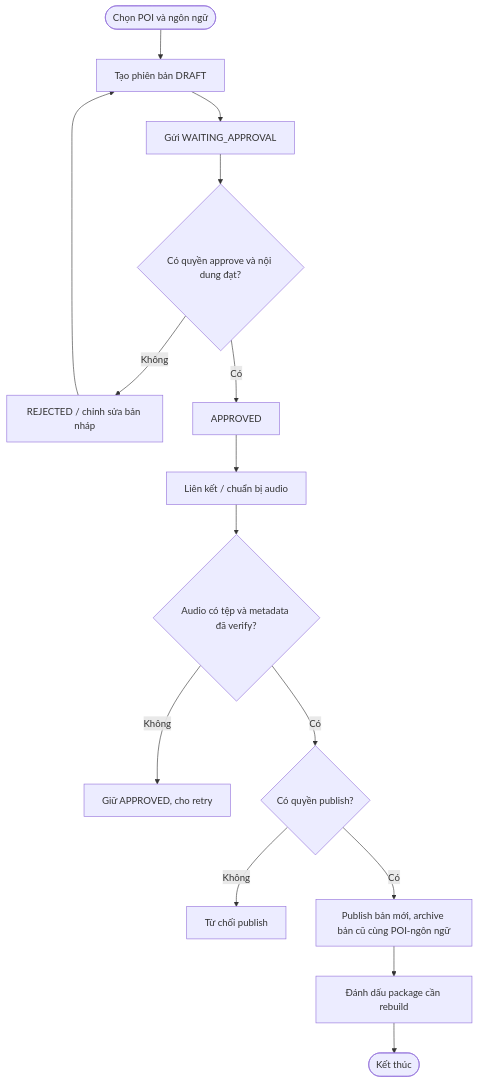
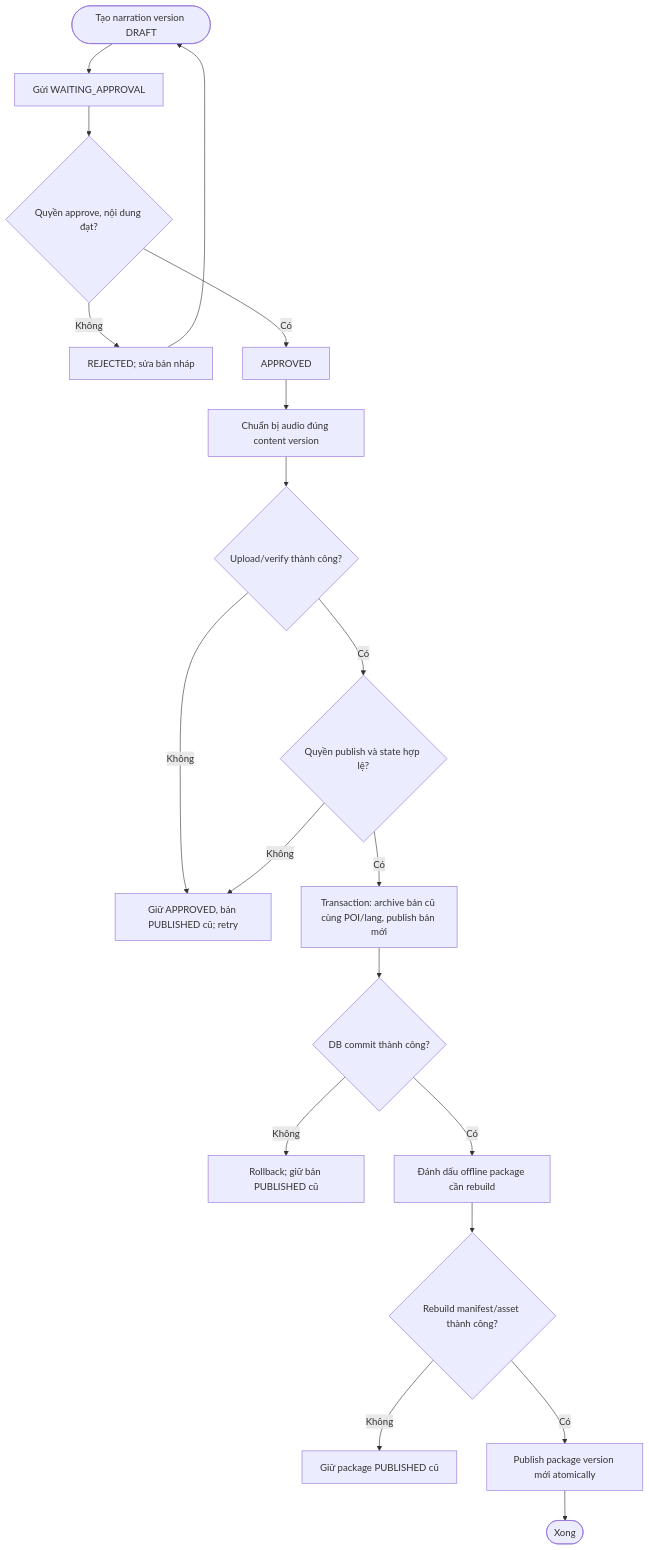
One commit to Ko4rut/multilingual-narration-backend changed the second of 3 diagrams in docs/use-case/ep-w01-poi-narration-administration.md. Above: the diagram before and after it, drawn with Mermaid. The commit also changed other lines of this file and 9 other files, not shown here.

````diff
--- a/docs/use-case/ep-w01-poi-narration-administration.md
+++ b/docs/use-case/ep-w01-poi-narration-administration.md
@@ -72,17 +62,19 @@
 ```mermaid
 flowchart TD
-    A([Chọn POI và ngôn ngữ]) --> B[Tạo phiên bản DRAFT]
-    B --> C[Gửi WAITING_APPROVAL]
-    C --> D{Có quyền approve và nội dung đạt?}
-    D -- Không --> E[REJECTED / chỉnh sửa bản nháp]
-    E --> B
-    D -- Có --> F[APPROVED]
-    F --> G[Liên kết / chuẩn bị audio]
-    G --> H{Audio có tệp và metadata đã verify?}
-    H -- Không --> I[Giữ APPROVED, cho retry]
-    H -- Có --> J{Có quyền publish?}
-    J -- Không --> X[Từ chối publish]
-    J -- Có --> K[Publish bản mới, archive bản cũ cùng POI-ngôn ngữ]
-    K --> L[Đánh dấu package cần rebuild]
-    L --> M([Kết thúc])
+ A([Tạo narration version DRAFT]) --> B[Gửi WAITING_APPROVAL]
+ B --> C{Quyền approve, nội dung đạt?}
+ C -- Không --> D[REJECTED; sửa bản nháp] --> A
+ C -- Có --> E[APPROVED]
+ E --> F[Chuẩn bị audio đúng content version]
+ F --> G{Upload/verify thành công?}
+ G -- Không --> H[Giữ APPROVED, bản PUBLISHED cũ; retry]
+ G -- Có --> I{Quyền publish và state hợp lệ?}
+ I -- Không --> H
+ I -- Có --> J[Transaction: archive bản cũ cùng POI/lang, publish bản mới]
+ J --> K{DB commit thành công?}
+ K -- Không --> L[Rollback; giữ bản PUBLISHED cũ]
+ K -- Có --> M[Đánh dấu offline package cần rebuild]
+ M --> N{Rebuild manifest/asset thành công?}
+ N -- Không --> O[Giữ package PUBLISHED cũ]
+ N -- Có --> P[Publish package version mới atomically] --> Q([Xong])
 ```
````
